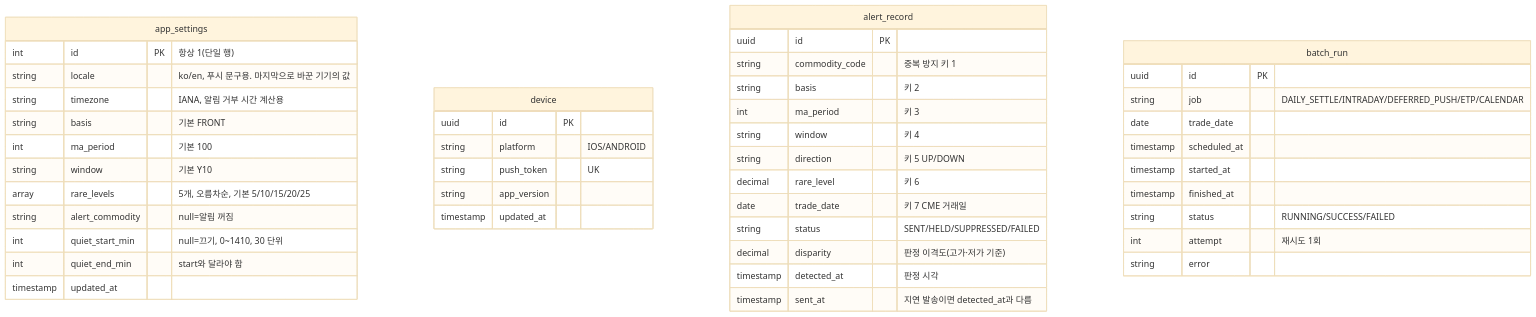
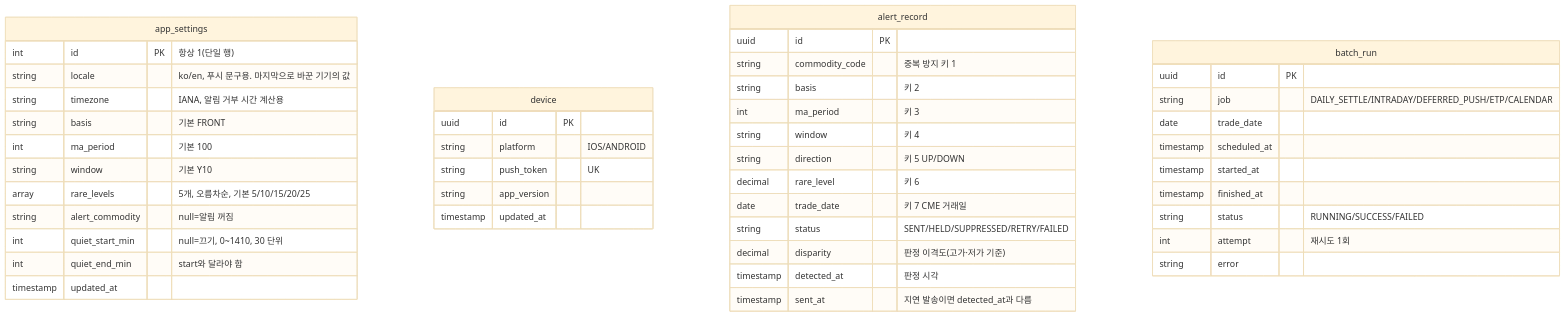
Before and after one commit to seyoun10/futureETP: the third of 3 diagrams in docs/data-model.md, drawn with Mermaid (base theme). The commit also changed other lines of this file and 4 other files, not shown here.

````diff
--- a/docs/data-model.md
+++ b/docs/data-model.md
@@ -230,48 +232,48 @@
 ```mermaid
 erDiagram
     app_settings {
         int id PK "항상 1(단일 행)"
         string locale "ko/en, 푸시 문구용. 마지막으로 바꾼 기기의 값"
         string timezone "IANA, 알림 거부 시간 계산용"
         string basis "기본 FRONT"
         int ma_period "기본 100"
         string window "기본 Y10"
         array rare_levels "5개, 오름차순, 기본 5/10/15/20/25"
         string alert_commodity "null=알림 꺼짐"
         int quiet_start_min "null=끄기, 0~1410, 30 단위"
         int quiet_end_min "start와 달라야 함"
         timestamp updated_at
     }
     device {
         uuid id PK
         string platform "IOS/ANDROID"
         string push_token "UK"
         string app_version
         timestamp updated_at
     }
     alert_record {
         uuid id PK
         string commodity_code "중복 방지 키 1"
         string basis "키 2"
         int ma_period "키 3"
         string window "키 4"
         string direction "키 5 UP/DOWN"
         decimal rare_level "키 6"
         date trade_date "키 7 CME 거래일"
-        string status "SENT/HELD/SUPPRESSED/FAILED"
+        string status "SENT/HELD/SUPPRESSED/RETRY/FAILED"
         decimal disparity "판정 이격도(고가·저가 기준)"
         timestamp detected_at "판정 시각"
         timestamp sent_at "지연 발송이면 detected_at과 다름"
     }
     batch_run {
         uuid id PK
         string job "DAILY_SETTLE/INTRADAY/DEFERRED_PUSH/ETP/CALENDAR"
         date trade_date
         timestamp scheduled_at
         timestamp started_at
         timestamp finished_at
         string status "RUNNING/SUCCESS/FAILED"
         int attempt "재시도 1회"
         string error
     }
 ```
````
